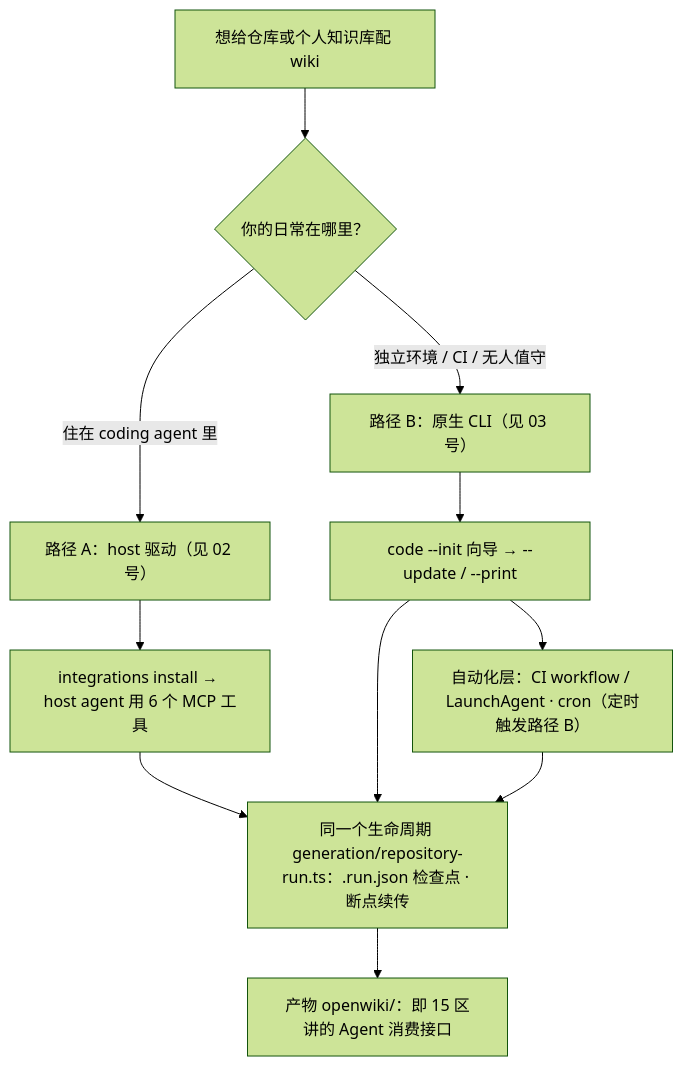
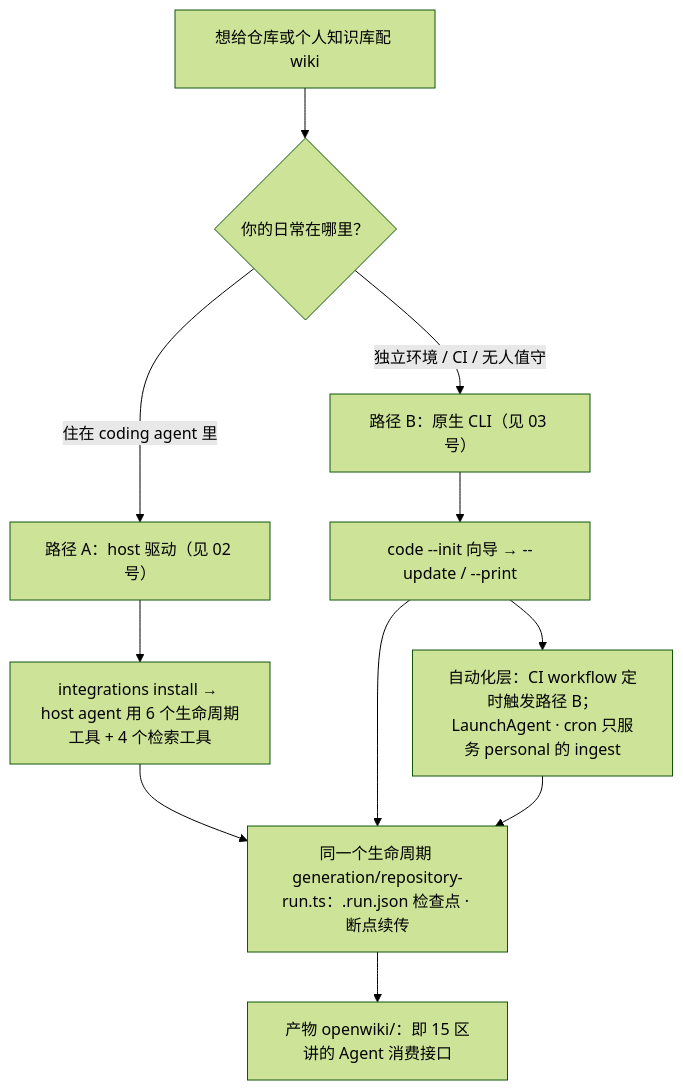
Before and after one commit to ethan-jiang-1/openwiki: the diagram in _digested/16-production-paths/01-ways-to-produce-a-wiki.md, drawn with Mermaid (forest theme). The commit also changed other lines of this file and 82 other files, not shown here.

````diff
--- a/_digested/16-production-paths/01-ways-to-produce-a-wiki.md
+++ b/_digested/16-production-paths/01-ways-to-produce-a-wiki.md
@@ -30,13 +30,13 @@
 ```mermaid
 flowchart TD
     U["想给仓库或个人知识库配 wiki"] --> Q{"你的日常在哪里？"}
     Q -->|"住在 coding agent 里"| A["路径 A：host 驱动（见 02 号）"]
     Q -->|"独立环境 / CI / 无人值守"| B["路径 B：原生 CLI（见 03 号）"]
-    A --> A1["integrations install → host agent 用 6 个 MCP 工具"]
+    A --> A1["integrations install → host agent 用 6 个生命周期工具 + 4 个检索工具"]
     B --> B1["code --init 向导 → --update / --print"]
     A1 --> LIFE["同一个生命周期 generation/repository-run.ts：.run.json 检查点 · 断点续传"]
     B1 --> LIFE
-    B1 --> AUTO["自动化层：CI workflow / LaunchAgent · cron（定时触发路径 B）"]
+    B1 --> AUTO["自动化层：CI workflow 定时触发路径 B；LaunchAgent · cron 只服务 personal 的 ingest"]
     AUTO --> LIFE
     LIFE --> OUT["产物 openwiki/：即 15 区讲的 Agent 消费接口"]
 ```
````
